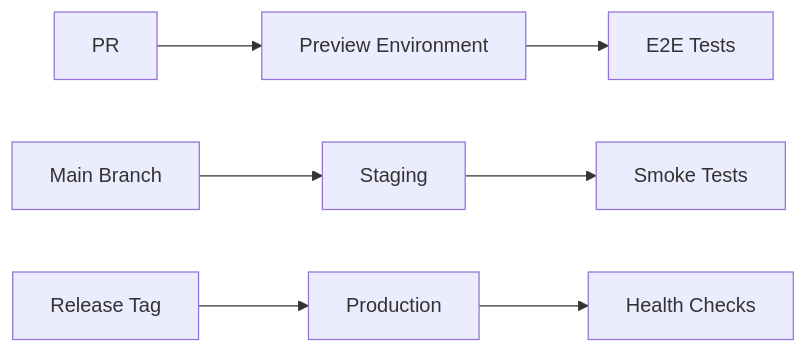
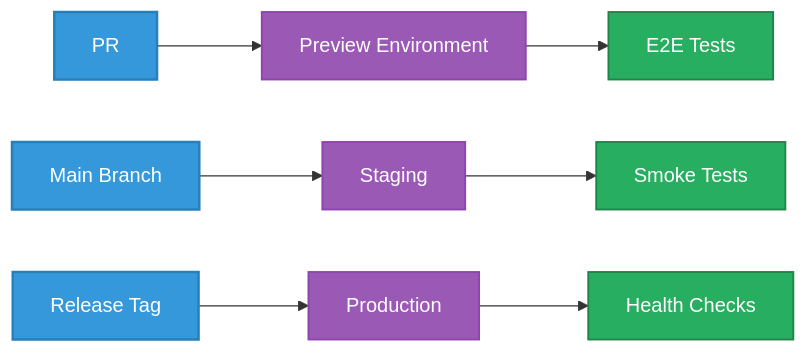
One commit to Hack23/euparliamentmonitor changed the fifth of 7 diagrams in docs/api/media/FUTURE_WORKFLOWS.md. Above: the diagram before and after it, drawn with Mermaid. The commit also changed other lines of this file and 1053 other files, not shown here.

````diff
--- a/docs/api/media/FUTURE_WORKFLOWS.md
+++ b/docs/api/media/FUTURE_WORKFLOWS.md
@@ -434,10 +548,18 @@
 ```mermaid
 graph LR
     A[PR] --> B[Preview Environment]
     C[Main Branch] --> D[Staging]
     E[Release Tag] --> F[Production]
     
     B --> G[E2E Tests]
     D --> H[Smoke Tests]
     F --> I[Health Checks]
+
+    classDef trigger fill:#3498db,stroke:#2980b9,stroke-width:2px,color:white
+    classDef env fill:#9b59b6,stroke:#8e44ad,stroke-width:1.5px,color:white
+    classDef test fill:#27ae60,stroke:#1e8449,stroke-width:1.5px,color:white
+
+    class A,C,E trigger
+    class B,D,F env
+    class G,H,I test
 ```
````
